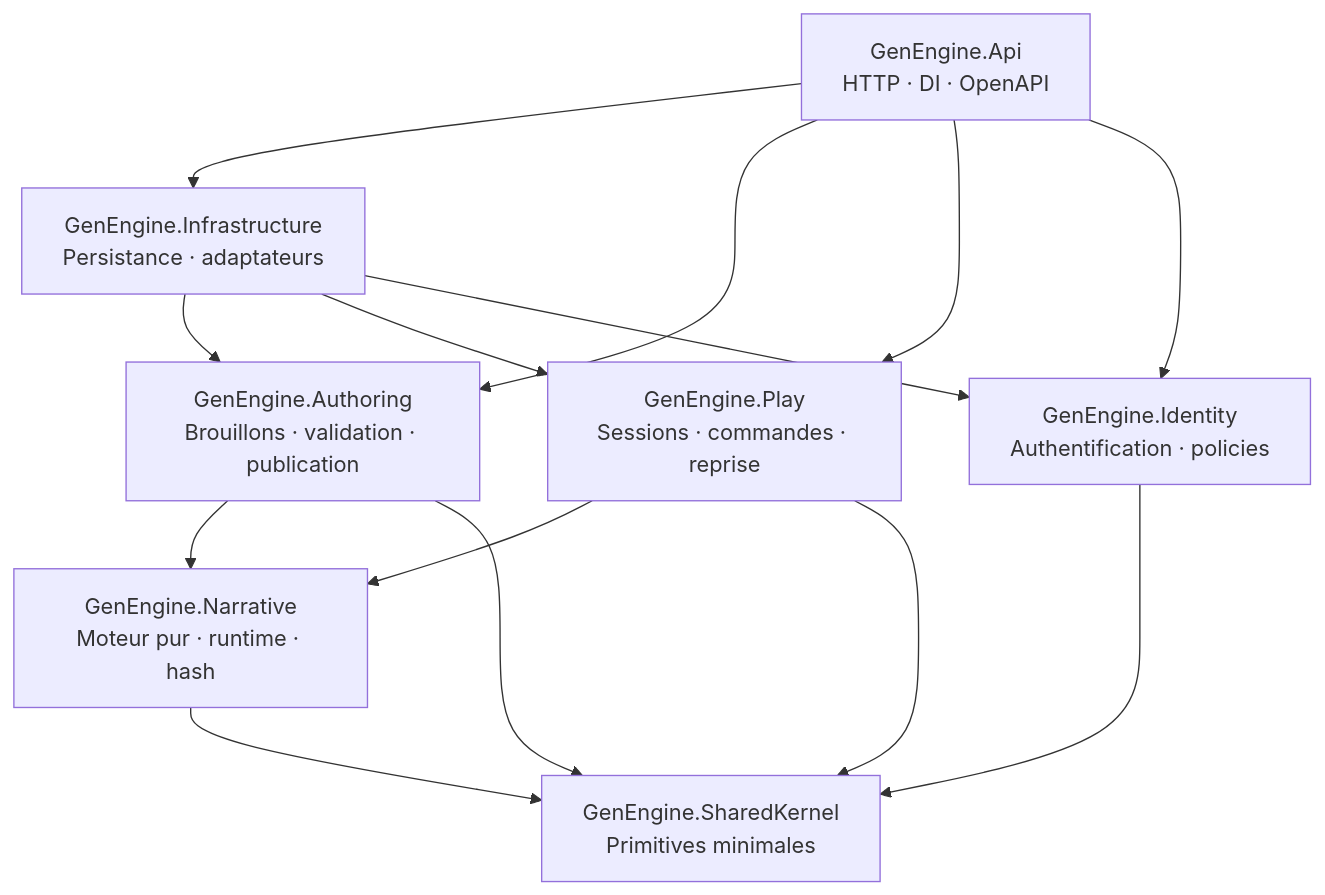
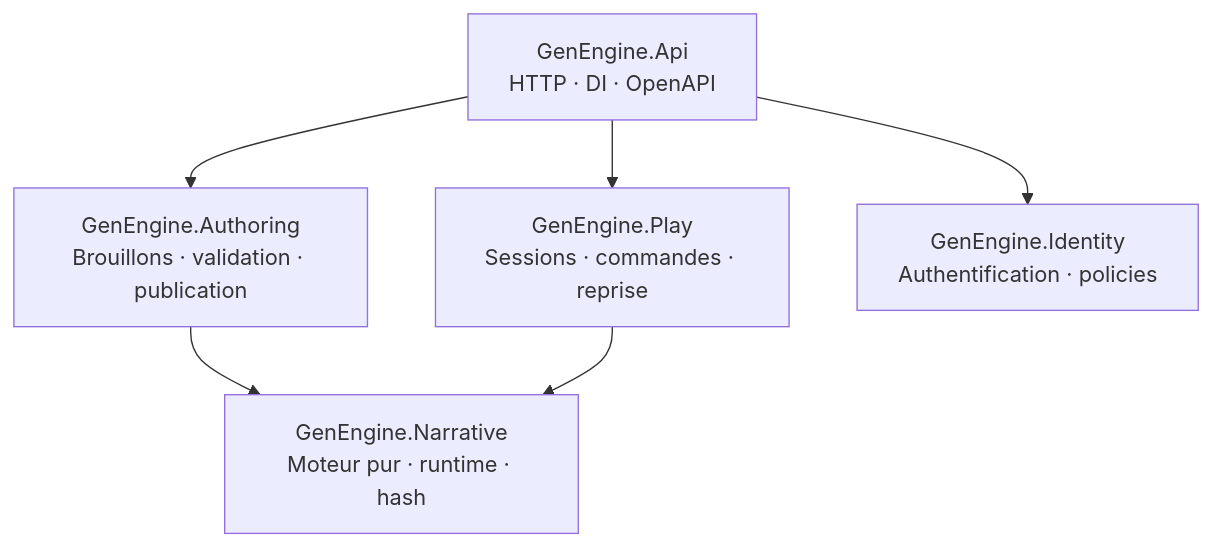
One commit to JordanLacroix/GenEngine changed the diagram in README.md. Above: the diagram before and after it, drawn with Mermaid. The commit also changed other lines of this file and 24 other files, not shown here.

Commit message:
refactor(architecture): enforce pragmatic DDD boundaries

````diff
--- a/README.md
+++ b/README.md
@@ -97,24 +98,14 @@
 ```mermaid
 flowchart TD
     API["GenEngine.Api<br/>HTTP · DI · OpenAPI"]
-    INFRA["GenEngine.Infrastructure<br/>Persistance · adaptateurs"]
     AUTHORING["GenEngine.Authoring<br/>Brouillons · validation · publication"]
     PLAY["GenEngine.Play<br/>Sessions · commandes · reprise"]
     IDENTITY["GenEngine.Identity<br/>Authentification · policies"]
     NARRATIVE["GenEngine.Narrative<br/>Moteur pur · runtime · hash"]
-    SHARED["GenEngine.SharedKernel<br/>Primitives minimales"]
 
-    API --> INFRA
     API --> AUTHORING
     API --> PLAY
     API --> IDENTITY
-    INFRA --> AUTHORING
-    INFRA --> PLAY
-    INFRA --> IDENTITY
     AUTHORING --> NARRATIVE
     PLAY --> NARRATIVE
-    AUTHORING --> SHARED
-    PLAY --> SHARED
-    IDENTITY --> SHARED
-    NARRATIVE --> SHARED
 ```
````
